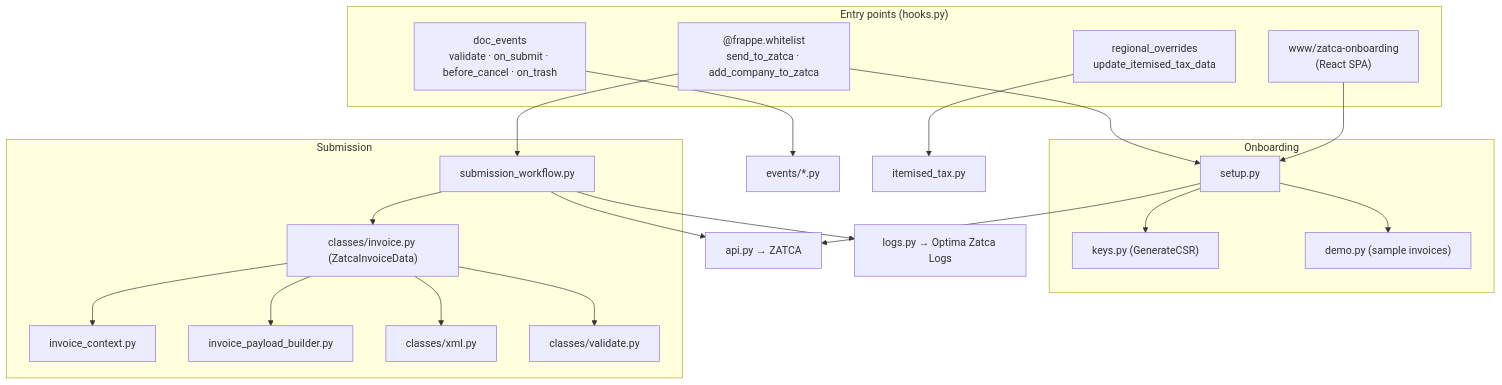
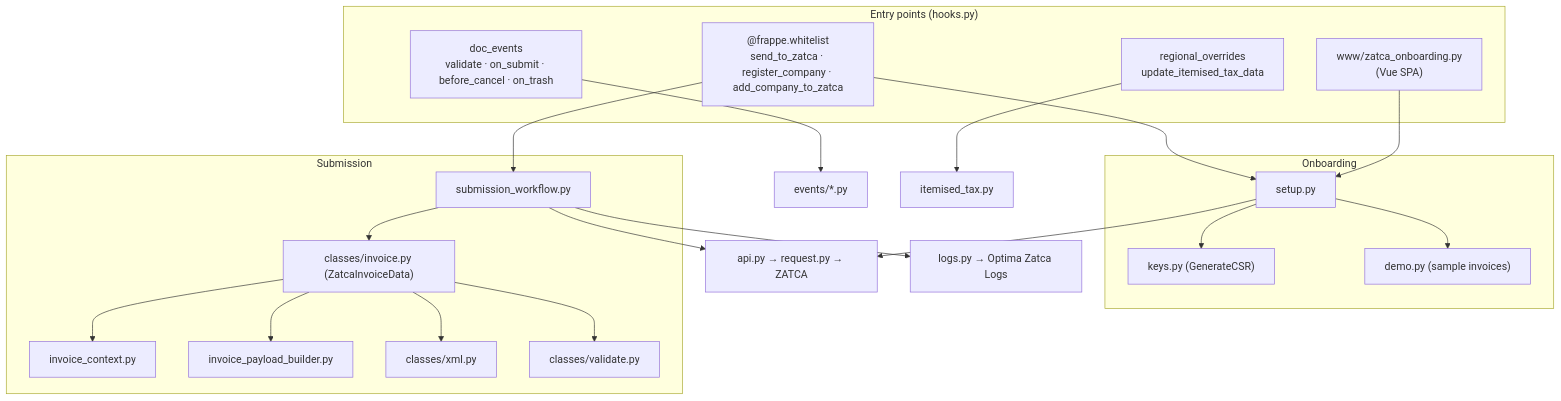
Before and after one commit to itsystematic/optima_zatca: the diagram in docs/reference/architecture.md, drawn with Mermaid. The commit also changed other lines of this file and 5 other files, not shown here.

First line of the commit message:
docs(onboarding): bring the onboarding docs up to date with the Vue wizard

````diff
--- a/docs/reference/architecture.md
+++ b/docs/reference/architecture.md
@@ -11,31 +11,31 @@
 ```mermaid
 graph TB
     subgraph Entry["Entry points (hooks.py)"]
-        W["www/zatca-onboarding<br/>(React SPA)"]
-        WL["@frappe.whitelist<br/>send_to_zatca · add_company_to_zatca"]
+        W["www/zatca_onboarding.py<br/>(Vue SPA)"]
+        WL["@frappe.whitelist<br/>send_to_zatca · register_company · add_company_to_zatca"]
         DE["doc_events<br/>validate · on_submit · before_cancel · on_trash"]
         RO["regional_overrides<br/>update_itemised_tax_data"]
     end
     subgraph Onboard["Onboarding"]
         SU["setup.py"] --> KE["keys.py (GenerateCSR)"]
         SU --> DM["demo.py (sample invoices)"]
     end
     subgraph Submit["Submission"]
         SW["submission_workflow.py"] --> ZID["classes/invoice.py (ZatcaInvoiceData)"]
         ZID --> CTX["invoice_context.py"]
         ZID --> PB["invoice_payload_builder.py"]
         ZID --> XML["classes/xml.py"]
         ZID --> VAL["classes/validate.py"]
     end
-    API["api.py → ZATCA"]
+    API["api.py → request.py → ZATCA"]
     LOG["logs.py → Optima Zatca Logs"]
 
     W --> SU
     WL --> SW
     WL --> SU
     DE --> EV["events/*.py"]
     RO --> IT["itemised_tax.py"]
     SU --> API
     SW --> API
     SW --> LOG
 ```
````
